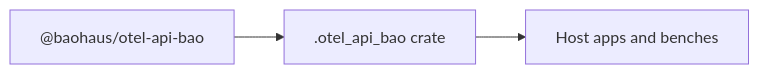
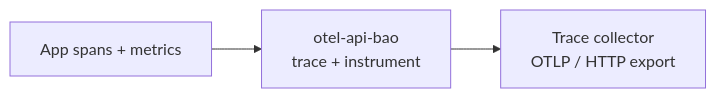
One commit to d4551/docduckgoose changed the diagram in bao-source/otel-api-bao/README.md. Above: the diagram before and after it, drawn with Mermaid. The commit also changed other lines of this file and 295 other files, not shown here.

````diff
--- a/bao-source/otel-api-bao/README.md
+++ b/bao-source/otel-api-bao/README.md
@@ -10,5 +15,5 @@
 ```mermaid
 flowchart LR
-  producer["@baohaus/otel-api-bao"] --> crate[".otel_api_bao crate"]
-  crate --> consumers["Host apps and benches"]
+  app["App spans + metrics"] --> otel["otel-api-bao\ntrace + instrument"]
+  otel --> collector["Trace collector\nOTLP / HTTP export"]
 ```
````
